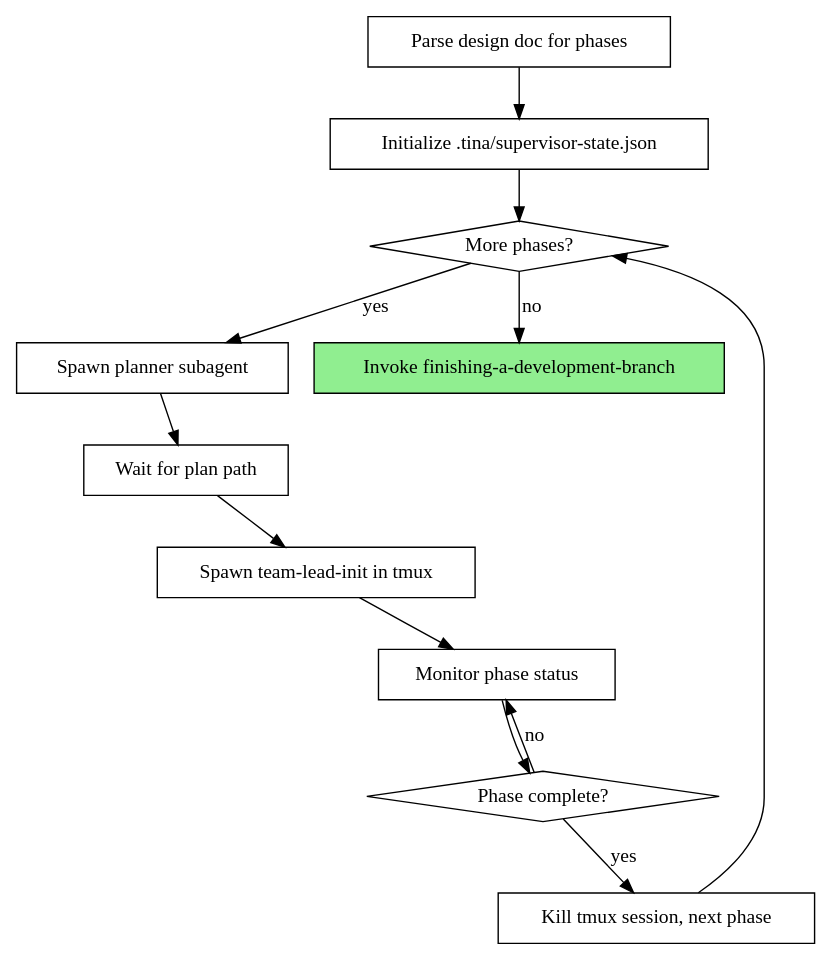
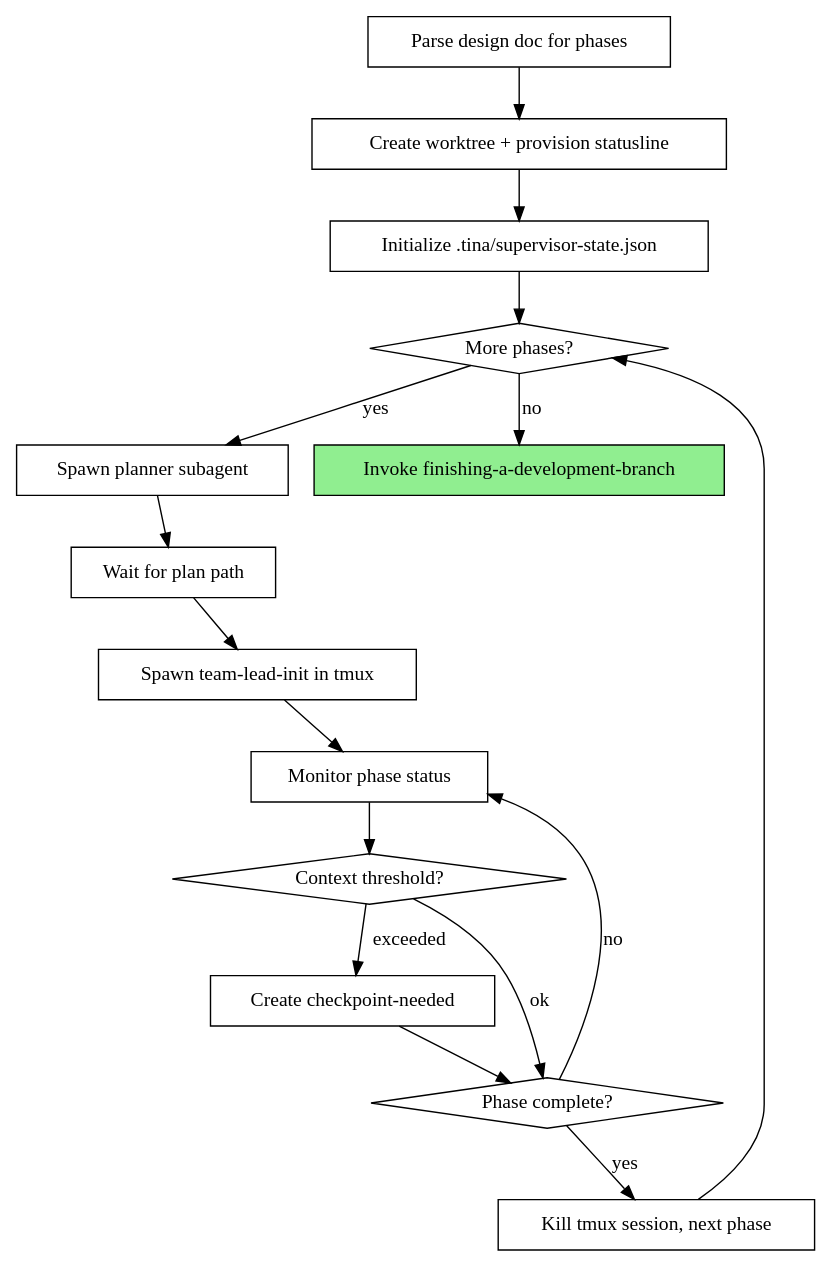
The diagram in skills/orchestrate/SKILL.md (joshuabates/tina), drawn with Graphviz before and after one commit.

Commit message:
docs: update orchestrate process diagram with worktree and context monitoring

````diff
--- a/skills/orchestrate/SKILL.md
+++ b/skills/orchestrate/SKILL.md
@@ -30,28 +30,35 @@
 ```dot
 digraph orchestrate {
     rankdir=TB;
 
     "Parse design doc for phases" [shape=box];
+    "Create worktree + provision statusline" [shape=box];
     "Initialize .tina/supervisor-state.json" [shape=box];
     "More phases?" [shape=diamond];
     "Spawn planner subagent" [shape=box];
     "Wait for plan path" [shape=box];
     "Spawn team-lead-init in tmux" [shape=box];
     "Monitor phase status" [shape=box];
+    "Context threshold?" [shape=diamond];
+    "Create checkpoint-needed" [shape=box];
     "Phase complete?" [shape=diamond];
     "Kill tmux session, next phase" [shape=box];
     "Invoke finishing-a-development-branch" [shape=box style=filled fillcolor=lightgreen];
 
-    "Parse design doc for phases" -> "Initialize .tina/supervisor-state.json";
+    "Parse design doc for phases" -> "Create worktree + provision statusline";
+    "Create worktree + provision statusline" -> "Initialize .tina/supervisor-state.json";
     "Initialize .tina/supervisor-state.json" -> "More phases?";
     "More phases?" -> "Spawn planner subagent" [label="yes"];
     "Spawn planner subagent" -> "Wait for plan path";
     "Wait for plan path" -> "Spawn team-lead-init in tmux";
     "Spawn team-lead-init in tmux" -> "Monitor phase status";
-    "Monitor phase status" -> "Phase complete?";
+    "Monitor phase status" -> "Context threshold?";
+    "Context threshold?" -> "Create checkpoint-needed" [label="exceeded"];
+    "Context threshold?" -> "Phase complete?" [label="ok"];
+    "Create checkpoint-needed" -> "Phase complete?";
     "Phase complete?" -> "Monitor phase status" [label="no"];
     "Phase complete?" -> "Kill tmux session, next phase" [label="yes"];
     "Kill tmux session, next phase" -> "More phases?";
     "More phases?" -> "Invoke finishing-a-development-branch" [label="no"];
 }
 ```
````
